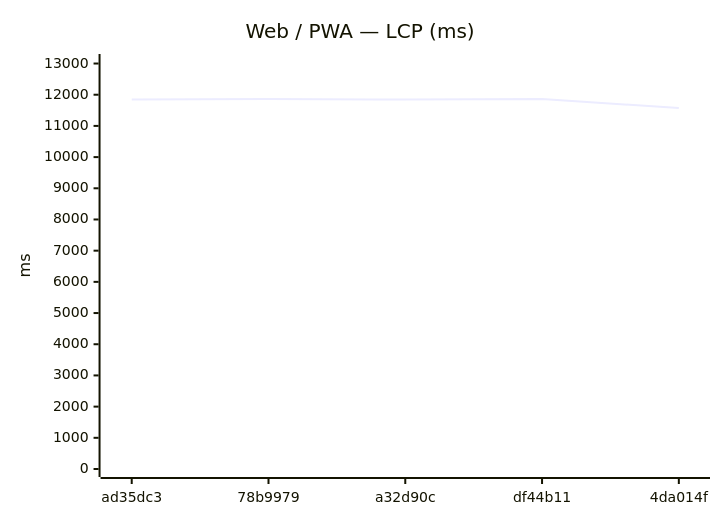
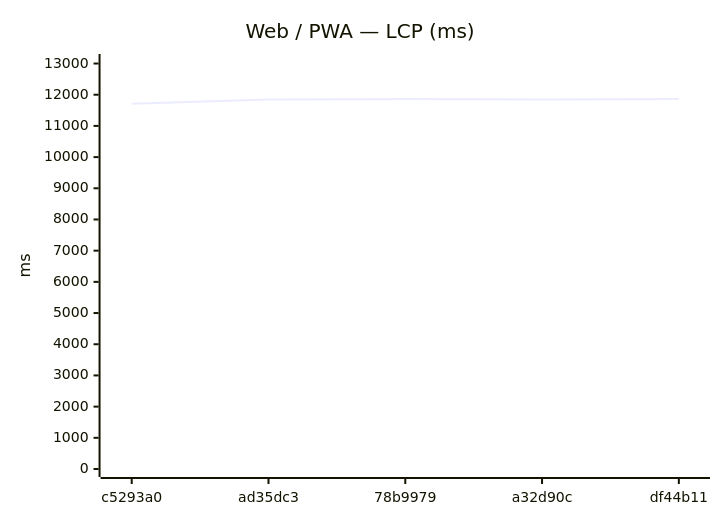
Before and after one commit to Metaheurist/Rianell: the ninth of 24 diagrams in benchmarks/compare.md, drawn with Mermaid. The commit also changed other lines of this file and 14 other files, not shown here.

````diff
--- a/benchmarks/compare.md
+++ b/benchmarks/compare.md
@@ -144,7 +144,7 @@
 ```mermaid
 xychart-beta
     title "Web / PWA — LCP (ms)"
-    x-axis ["ad35dc3", "78b9979", "a32d90c", "df44b11", "4da014f"]
+    x-axis ["c5293a0", "ad35dc3", "78b9979", "a32d90c", "df44b11"]
     y-axis "ms" 0 --> 13049
-    line [11844, 11862, 11845, 11860, 11572]
+    line [11707, 11844, 11862, 11845, 11860]
 ```
````
